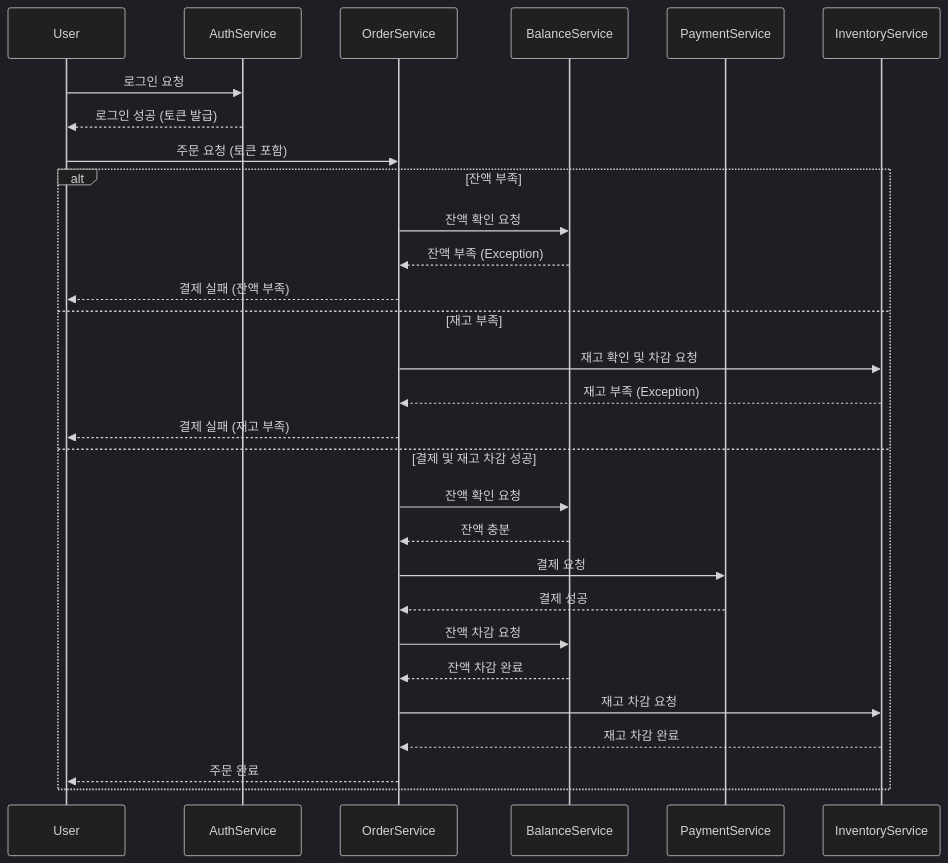
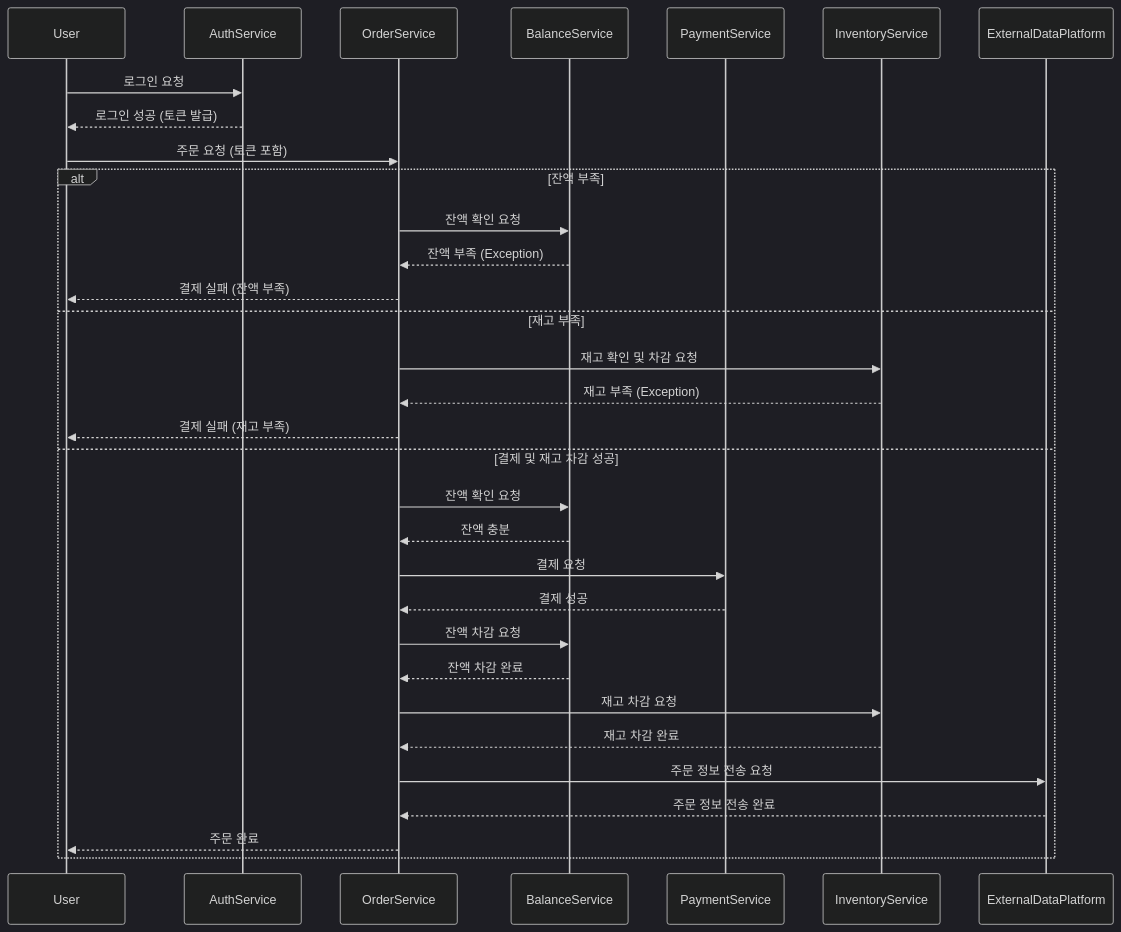
The fourth of 5 diagrams in README.md (takoyummy/commerce), drawn with Mermaid (dark theme) before and after one commit. The commit also changed other lines of this file, not shown here.

Commit message:
docs : 장바구니 기능, 데이터플랫폼 전송 관련 로직 추가

````diff
--- a/README.md
+++ b/README.md
@@ -118,36 +119,41 @@
 ```mermaid
 sequenceDiagram
     participant User
     participant AuthService
     participant OrderService
     participant BalanceService
     participant PaymentService
     participant InventoryService
+    participant ExternalDataPlatform
 
     User ->> AuthService: 로그인 요청
     AuthService -->> User: 로그인 성공 (토큰 발급)
 
     User ->> OrderService: 주문 요청 (토큰 포함)
 
     alt 잔액 부족
         OrderService ->> BalanceService: 잔액 확인 요청
         BalanceService -->> OrderService: 잔액 부족 (Exception)
         OrderService -->> User: 결제 실패 (잔액 부족)
     else 재고 부족
         OrderService ->> InventoryService: 재고 확인 및 차감 요청
         InventoryService -->> OrderService: 재고 부족 (Exception)
         OrderService -->> User: 결제 실패 (재고 부족)
     else 결제 및 재고 차감 성공
         OrderService ->> BalanceService: 잔액 확인 요청
         BalanceService -->> OrderService: 잔액 충분
         OrderService ->> PaymentService: 결제 요청
         PaymentService -->> OrderService: 결제 성공
         OrderService ->> BalanceService: 잔액 차감 요청
         BalanceService -->> OrderService: 잔액 차감 완료
         OrderService ->> InventoryService: 재고 차감 요청
         InventoryService -->> OrderService: 재고 차감 완료
+        OrderService ->> ExternalDataPlatform: 주문 정보 전송 요청
+        ExternalDataPlatform -->> OrderService: 주문 정보 전송 완료
+        
         OrderService -->> User: 주문 완료
+
     end
 
 
 ```
````
